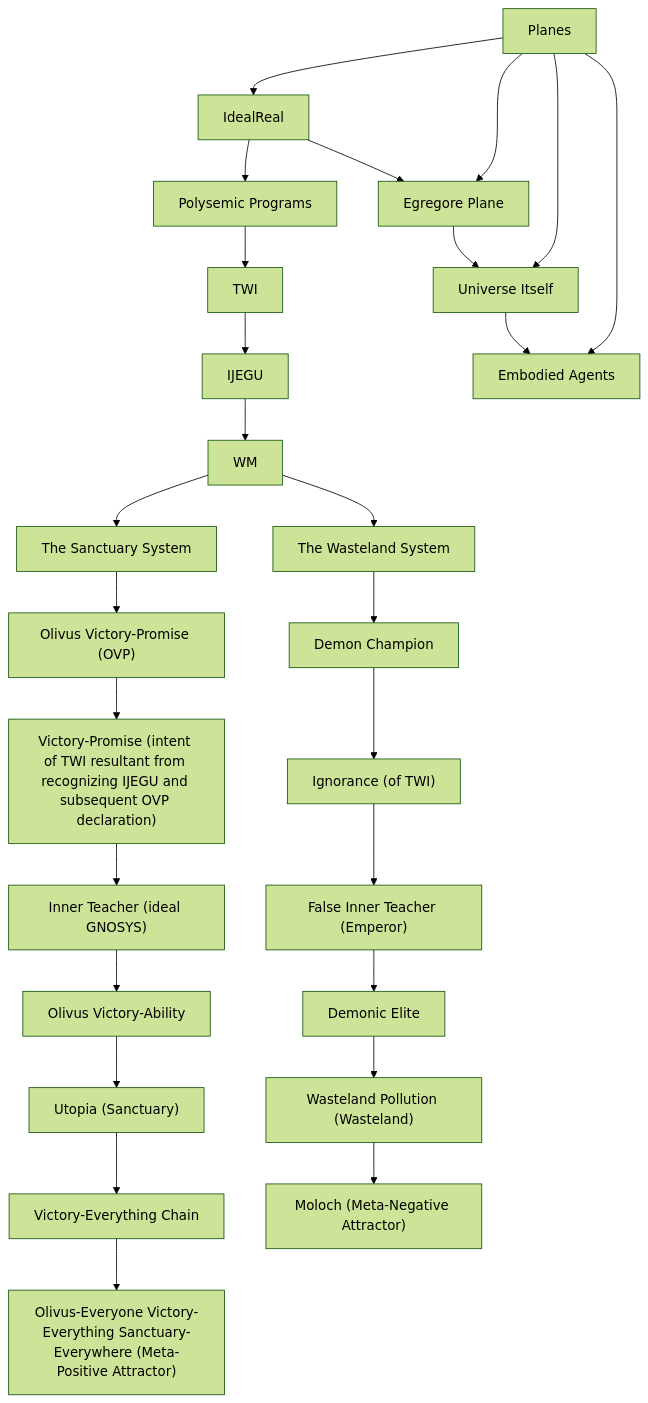
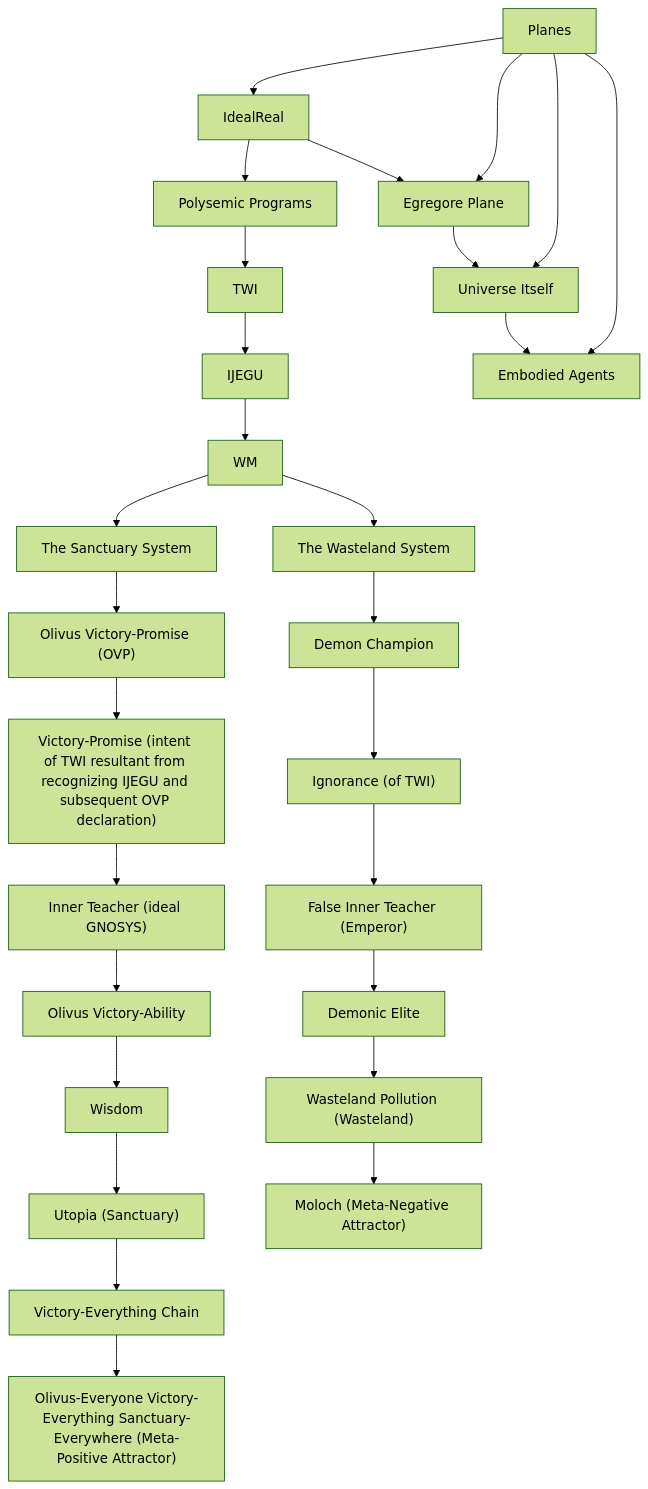
The diagram in about_sanctuary/what_it_is/wisdom_mavericks/wisdom_maverick.md (sancovp/the_sanctuary_system), drawn with Mermaid (forest theme) before and after one commit.

````diff
--- a/about_sanctuary/what_it_is/wisdom_mavericks/wisdom_maverick.md
+++ b/about_sanctuary/what_it_is/wisdom_mavericks/wisdom_maverick.md
@@ -61,29 +61,30 @@
 ```mermaid
 graph TD
     TWI["TWI"] --> IJEGU
     WM --> TSS["The Sanctuary System"]
     TSS --> OVP["Olivus Victory-Promise (OVP)"]
     WM --> WS["The Wasteland System"]
     WS --> DC["Demon Champion"]
     OVP --> VP["Victory-Promise (intent of TWI resultant from recognizing IJEGU and subsequent OVP declaration)"]
     VP --> GNOSYS["Inner Teacher (ideal GNOSYS)"]
     GNOSYS --> OVA["Olivus Victory-Ability"]
-    OVA --> Utopia["Utopia (Sanctuary)"]
+    OVA --> W["Wisdom"]
+    W --> Utopia["Utopia (Sanctuary)"]
     Utopia --> VEC["Victory-Everything Chain"]
     VEC --> OEVESE["Olivus-Everyone Victory-Everything Sanctuary-Everywhere (Meta-Positive Attractor)"]
     DC --> Ignorance["Ignorance (of TWI)"]
     Ignorance --> Emperor["False Inner Teacher (Emperor)"]
     DA --> WD["Wasteland Pollution (Wasteland)"]
     WD --> Moloch["Moloch (Meta-Negative Attractor)"]
     Emperor --> DA["Demonic Elite"]
     IdealReal --> Egregore["Egregore Plane"]
     Egregore --> Universe["Universe Itself"]
     Universe --> EA["Embodied Agents"]
     Planes --> IdealReal
     Planes --> Egregore
     Planes --> Universe
     Planes --> EA
     IdealReal --> PolysemicPrograms["Polysemic Programs"]
     PolysemicPrograms --> TWI
     IJEGU --> WM
 ```
````
